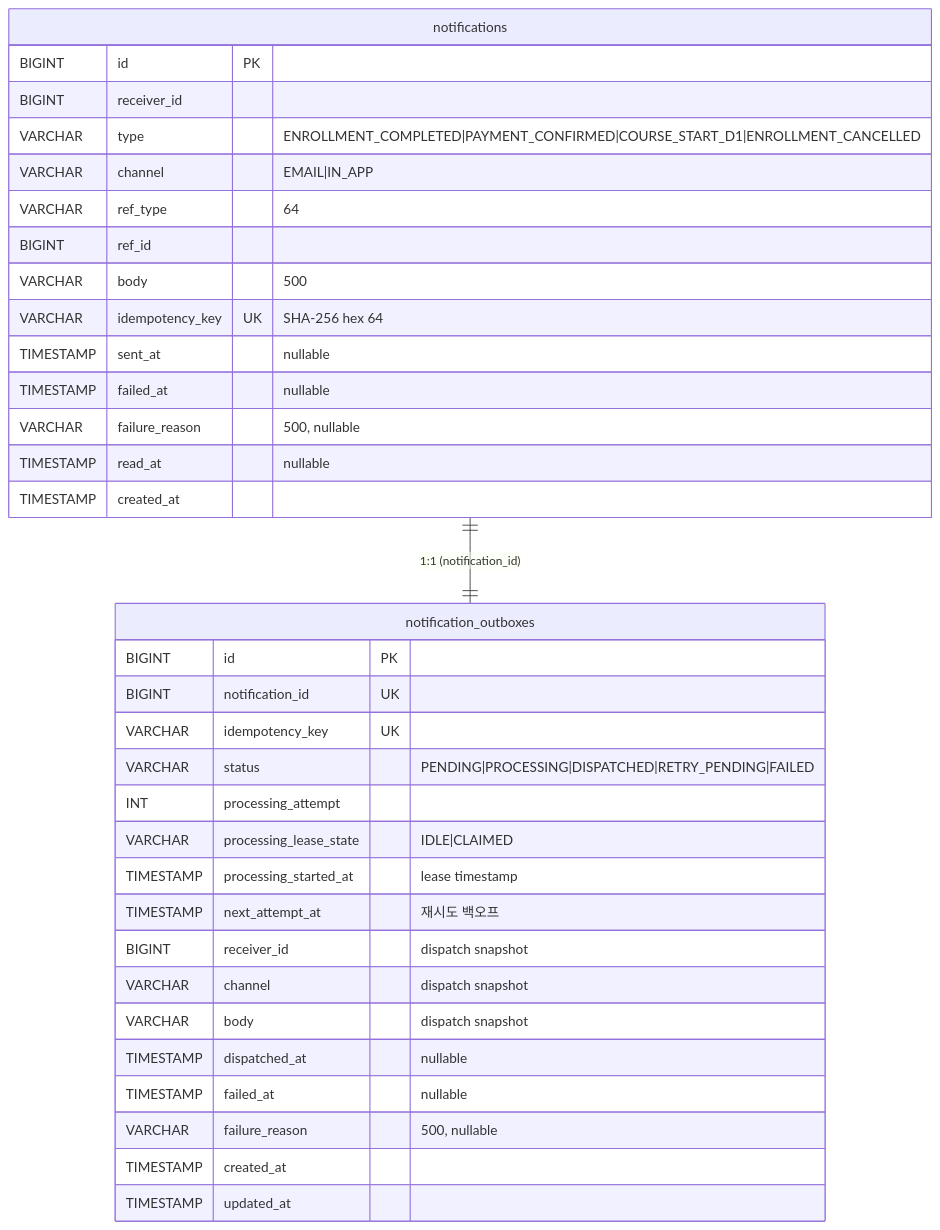
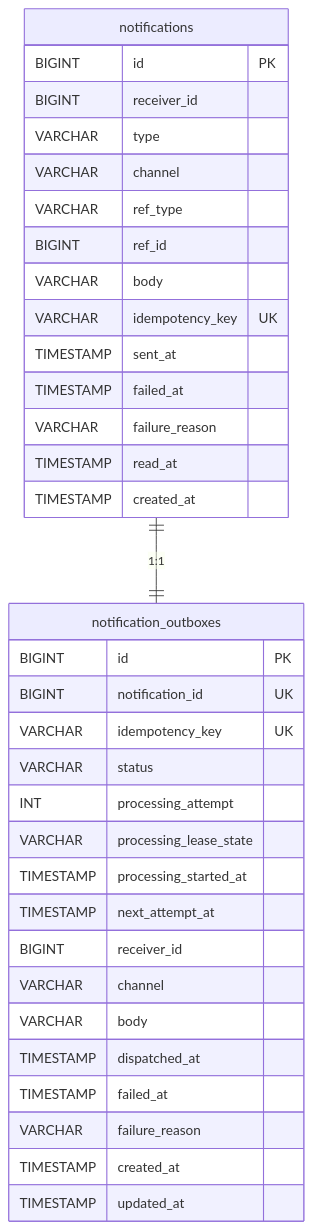
The second of 4 diagrams in docs/architecture.md (HyNS00/notification-service), drawn with Mermaid before and after one commit. The commit also changed other lines of this file and 1 other file, not shown here.

````diff
--- a/docs/architecture.md
+++ b/docs/architecture.md
@@ -60,39 +60,39 @@
 ```mermaid
 erDiagram
-    notifications ||--|| notification_outboxes : "1:1 (notification_id)"
+    notifications ||--|| notification_outboxes : "1:1"
 
     notifications {
         BIGINT id PK
         BIGINT receiver_id
-        VARCHAR type "ENROLLMENT_COMPLETED|PAYMENT_CONFIRMED|COURSE_START_D1|ENROLLMENT_CANCELLED"
-        VARCHAR channel "EMAIL|IN_APP"
-        VARCHAR ref_type "64"
+        VARCHAR type
+        VARCHAR channel
+        VARCHAR ref_type
         BIGINT ref_id
-        VARCHAR body "500"
-        VARCHAR idempotency_key UK "SHA-256 hex 64"
-        TIMESTAMP sent_at "nullable"
-        TIMESTAMP failed_at "nullable"
-        VARCHAR failure_reason "500, nullable"
-        TIMESTAMP read_at "nullable"
+        VARCHAR body
+        VARCHAR idempotency_key UK
+        TIMESTAMP sent_at
+        TIMESTAMP failed_at
+        VARCHAR failure_reason
+        TIMESTAMP read_at
         TIMESTAMP created_at
     }
 
     notification_outboxes {
         BIGINT id PK
         BIGINT notification_id UK
         VARCHAR idempotency_key UK
-        VARCHAR status "PENDING|PROCESSING|DISPATCHED|RETRY_PENDING|FAILED"
+        VARCHAR status
         INT processing_attempt
-        VARCHAR processing_lease_state "IDLE|CLAIMED"
-        TIMESTAMP processing_started_at "lease timestamp"
-        TIMESTAMP next_attempt_at "재시도 백오프"
-        BIGINT receiver_id "dispatch snapshot"
-        VARCHAR channel "dispatch snapshot"
-        VARCHAR body "dispatch snapshot"
-        TIMESTAMP dispatched_at "nullable"
-        TIMESTAMP failed_at "nullable"
-        VARCHAR failure_reason "500, nullable"
+        VARCHAR processing_lease_state
+        TIMESTAMP processing_started_at
+        TIMESTAMP next_attempt_at
+        BIGINT receiver_id
+        VARCHAR channel
+        VARCHAR body
+        TIMESTAMP dispatched_at
+        TIMESTAMP failed_at
+        VARCHAR failure_reason
         TIMESTAMP created_at
         TIMESTAMP updated_at
     }
 ```
````
